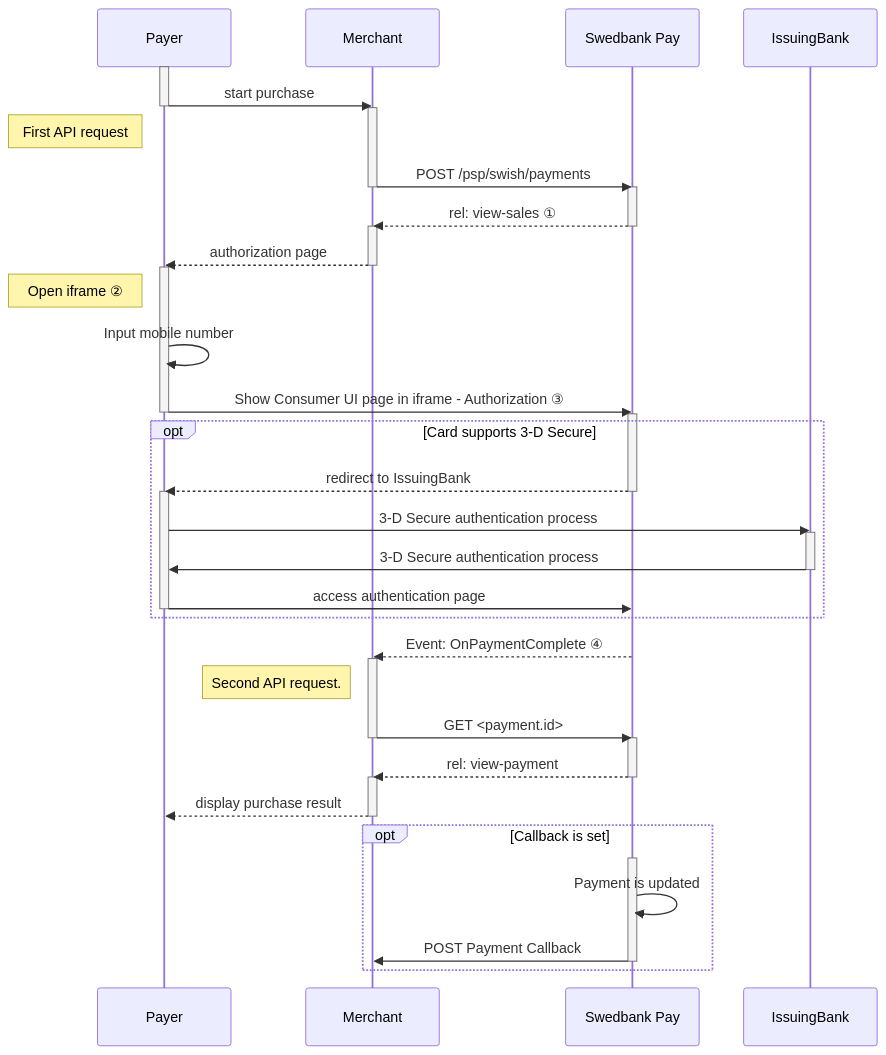
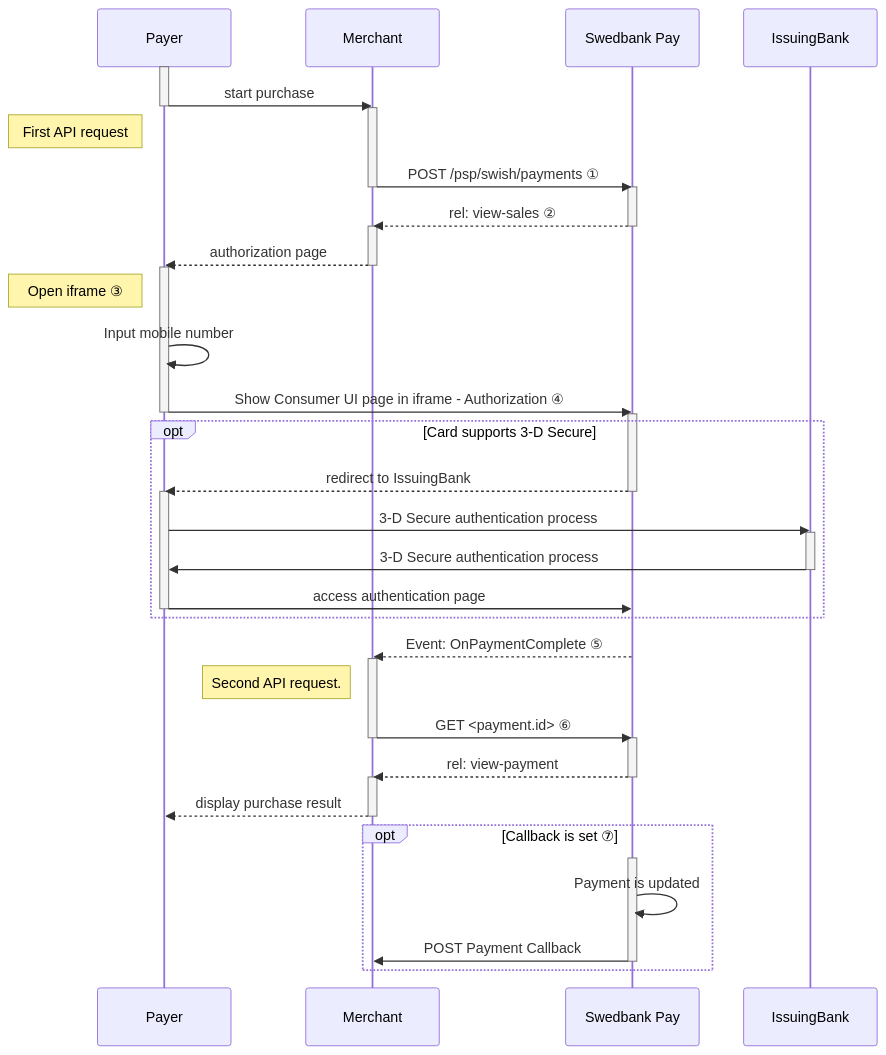
One commit to SwedbankPay/developer.swedbankpay.com changed the diagram in payments/swish/seamless-view.md. Above: the diagram before and after it, drawn with Mermaid. The commit also changed other lines of this file, not shown here.

````diff
--- a/payments/swish/seamless-view.md
+++ b/payments/swish/seamless-view.md
@@ -50,44 +37,44 @@
 ```mermaid
 sequenceDiagram
     participant Payer
     participant Merchant
     participant SwedbankPay as Swedbank Pay
 
     activate Payer
     Payer->>-Merchant: start purchase
     activate Merchant
     note left of Payer: First API request
-    Merchant->>-SwedbankPay: POST /psp/swish/payments
+    Merchant->>-SwedbankPay: POST /psp/swish/payments ①
     activate SwedbankPay
-    SwedbankPay-->>-Merchant: rel: view-sales ①
+    SwedbankPay-->>-Merchant: rel: view-sales ②
     activate Merchant
     Merchant-->>-Payer: authorization page
     activate Payer
-    note left of Payer: Open iframe ②
+    note left of Payer: Open iframe ③
     Payer->>Payer: Input mobile number
-    Payer->>-SwedbankPay: Show Consumer UI page in iframe - Authorization ③
+    Payer->>-SwedbankPay: Show Consumer UI page in iframe - Authorization ④
     activate SwedbankPay
         opt Card supports 3-D Secure
         SwedbankPay-->>-Payer: redirect to IssuingBank
         activate Payer
         Payer->>IssuingBank: 3-D Secure authentication process
         activate IssuingBank
         IssuingBank->>-Payer: 3-D Secure authentication process
         Payer->>-SwedbankPay: access authentication page
         end
-    SwedbankPay-->>Merchant: Event: OnPaymentComplete ④
+    SwedbankPay-->>Merchant: Event: OnPaymentComplete ⑤
     activate Merchant
     note left of Merchant: Second API request.
-    Merchant->>-SwedbankPay: GET <payment.id>
+    Merchant->>-SwedbankPay: GET <payment.id> ⑥
     activate SwedbankPay
     SwedbankPay-->>-Merchant: rel: view-payment
     activate Merchant
     Merchant-->>-Payer: display purchase result
     activate Payer
 
-        opt Callback is set
+        opt Callback is set ⑦
         activate SwedbankPay
         SwedbankPay->>SwedbankPay: Payment is updated
         SwedbankPay->>-Merchant: POST Payment Callback
         end
 ```
````
